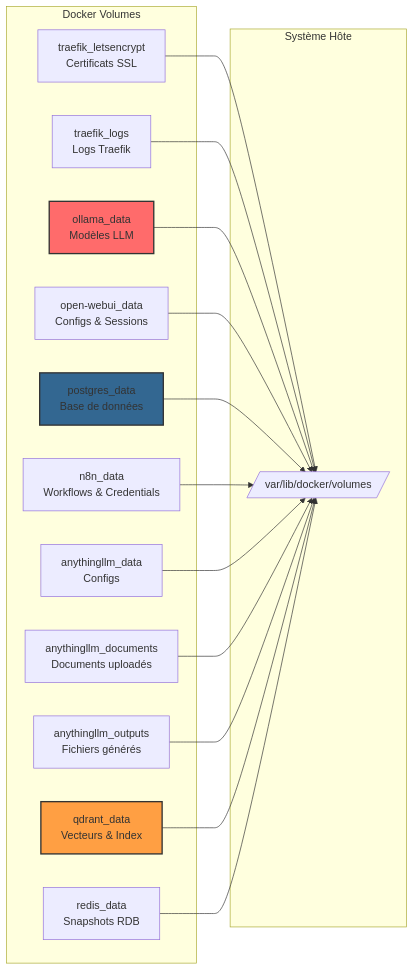
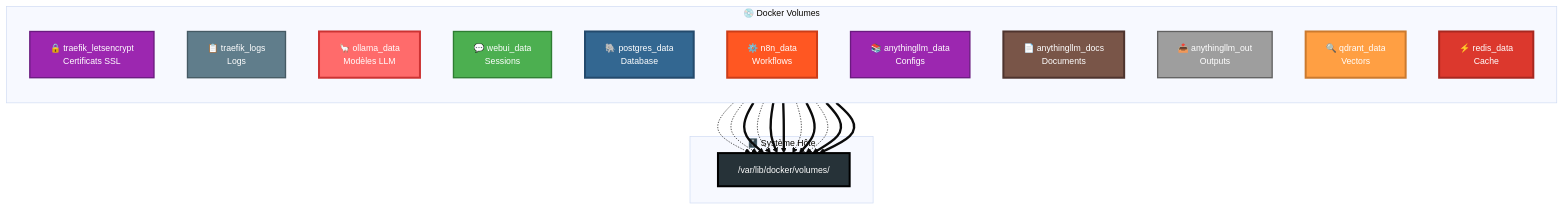
Before and after one commit to MPFabio/Stack-IA: the sixth of 14 diagrams in docs/ARCHITECTURE.md, drawn with Mermaid. The commit also changed other lines of this file, not shown here.

First line of the commit message:
feat(docs): Architecture ultra-colorée et moderne

````diff
--- a/docs/ARCHITECTURE.md
+++ b/docs/ARCHITECTURE.md
@@ -351,36 +390,47 @@
 ```mermaid
-graph LR
-    subgraph "Docker Volumes"
-        V1[traefik_letsencrypt<br/>Certificats SSL]
-        V2[traefik_logs<br/>Logs Traefik]
-        V3[ollama_data<br/>Modèles LLM]
-        V4[open-webui_data<br/>Configs & Sessions]
-        V5[postgres_data<br/>Base de données]
-        V6[n8n_data<br/>Workflows & Credentials]
-        V7[anythingllm_data<br/>Configs]
-        V8[anythingllm_documents<br/>Documents uploadés]
-        V9[anythingllm_outputs<br/>Fichiers générés]
-        V10[qdrant_data<br/>Vecteurs & Index]
-        V11[redis_data<br/>Snapshots RDB]
+%%{init: {'theme':'base', 'themeVariables': { 'fontSize':'13px'}}}%%
+graph TB
+    subgraph VOLUMES["💿 Docker Volumes"]
+        direction TB
+        V1["🔒 traefik_letsencrypt<br/>Certificats SSL"]
+        V2["📋 traefik_logs<br/>Logs"]
+        V3["🦙 ollama_data<br/>Modèles LLM"]
+        V4["💬 webui_data<br/>Sessions"]
+        V5["🐘 postgres_data<br/>Database"]
+        V6["⚙️ n8n_data<br/>Workflows"]
+        V7["📚 anythingllm_data<br/>Configs"]
+        V8["📄 anythingllm_docs<br/>Documents"]
+        V9["📤 anythingllm_out<br/>Outputs"]
+        V10["🔍 qdrant_data<br/>Vectors"]
+        V11["⚡ redis_data<br/>Cache"]
     end
     
-    subgraph "Système Hôte"
-        HOST[/var/lib/docker/volumes/]
+    subgraph HOST["🗄️ Système Hôte"]
+        PHYSICAL["/var/lib/docker/volumes/"]
     end
     
-    V1 --> HOST
-    V2 --> HOST
-    V3 --> HOST
-    V4 --> HOST
-    V5 --> HOST
-    V6 --> HOST
-    V7 --> HOST
-    V8 --> HOST
-    V9 --> HOST
-    V10 --> HOST
-    V11 --> HOST
+    V1 -.-> PHYSICAL
+    V2 -.-> PHYSICAL
+    V3 ==> PHYSICAL
+    V4 -.-> PHYSICAL
+    V5 ==> PHYSICAL
+    V6 ==> PHYSICAL
+    V7 -.-> PHYSICAL
+    V8 ==> PHYSICAL
+    V9 -.-> PHYSICAL
+    V10 ==> PHYSICAL
+    V11 ==> PHYSICAL
     
-    style V3 fill:#ff6b6b,stroke:#333,stroke-width:2px
-    style V5 fill:#336791,stroke:#333,stroke-width:2px
-    style V10 fill:#ff9f43,stroke:#333,stroke-width:2px
+    style V1 fill:#9C27B0,stroke:#6a1b7f,stroke-width:2px,color:#fff
+    style V2 fill:#607D8B,stroke:#455a64,stroke-width:2px,color:#fff
+    style V3 fill:#ff6b6b,stroke:#cc3333,stroke-width:3px,color:#fff
+    style V4 fill:#4CAF50,stroke:#2e7d32,stroke-width:2px,color:#fff
+    style V5 fill:#336791,stroke:#234a6d,stroke-width:3px,color:#fff
+    style V6 fill:#FF5722,stroke:#cc3d18,stroke-width:3px,color:#fff
+    style V7 fill:#9C27B0,stroke:#6a1b7f,stroke-width:2px,color:#fff
+    style V8 fill:#795548,stroke:#4e342e,stroke-width:3px,color:#fff
+    style V9 fill:#9E9E9E,stroke:#616161,stroke-width:2px,color:#fff
+    style V10 fill:#ff9f43,stroke:#cc7a2e,stroke-width:3px,color:#fff
+    style V11 fill:#dc382d,stroke:#a82820,stroke-width:3px,color:#fff
+    style PHYSICAL fill:#263238,stroke:#000,stroke-width:3px,color:#fff
 ```
````
